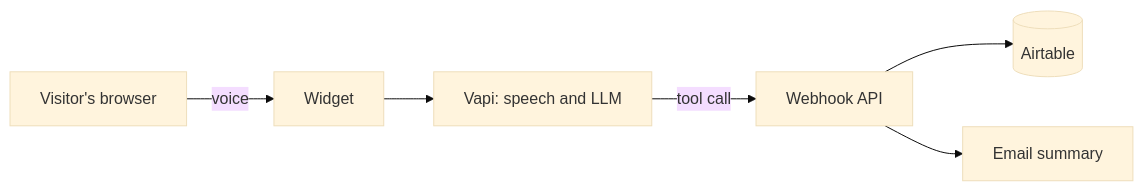
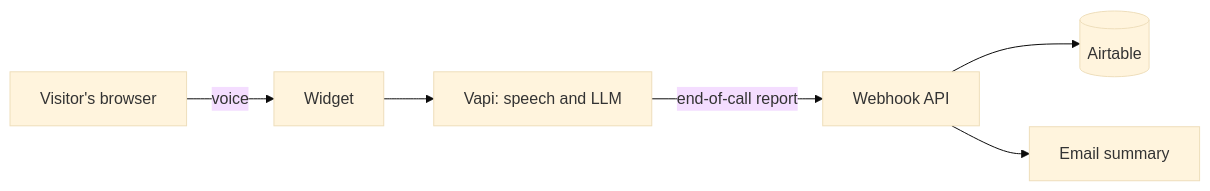
Before and after one commit to qamaruldinhamza/voice-sales-agent: the diagram in README.md, drawn with Mermaid (base theme). The commit also changed other lines of this file, not shown here.

````diff
--- a/README.md
+++ b/README.md
@@ -72,8 +89,8 @@
 ```mermaid
 flowchart LR
   V[Visitor's browser] -->|voice| W[Widget]
   W --> A[Vapi: speech and LLM]
-  A -->|tool call| H[Webhook API]
+  A -->|end-of-call report| H[Webhook API]
   H --> D[(Airtable)]
   H --> E[Email summary]
 ```
````
